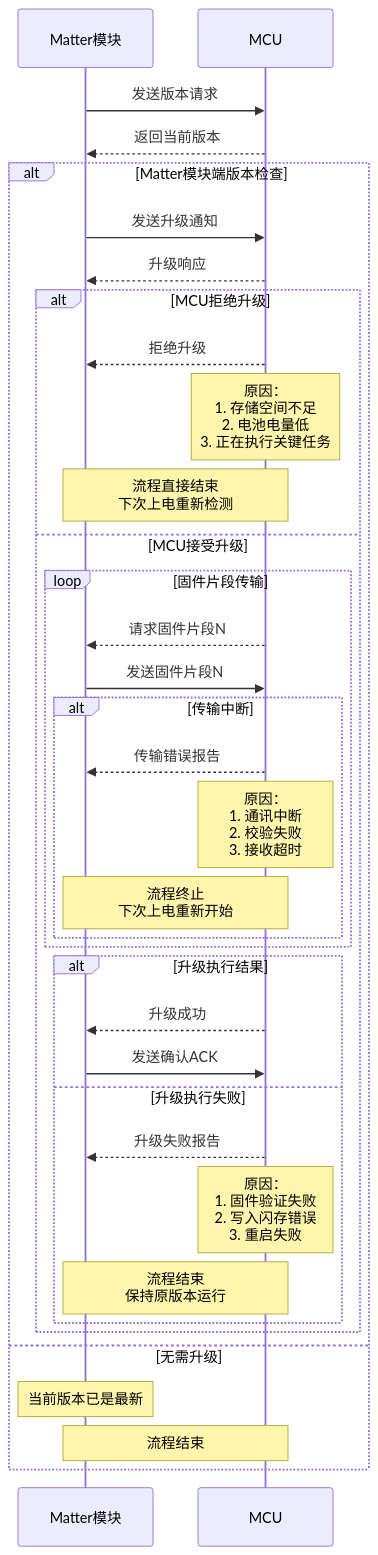
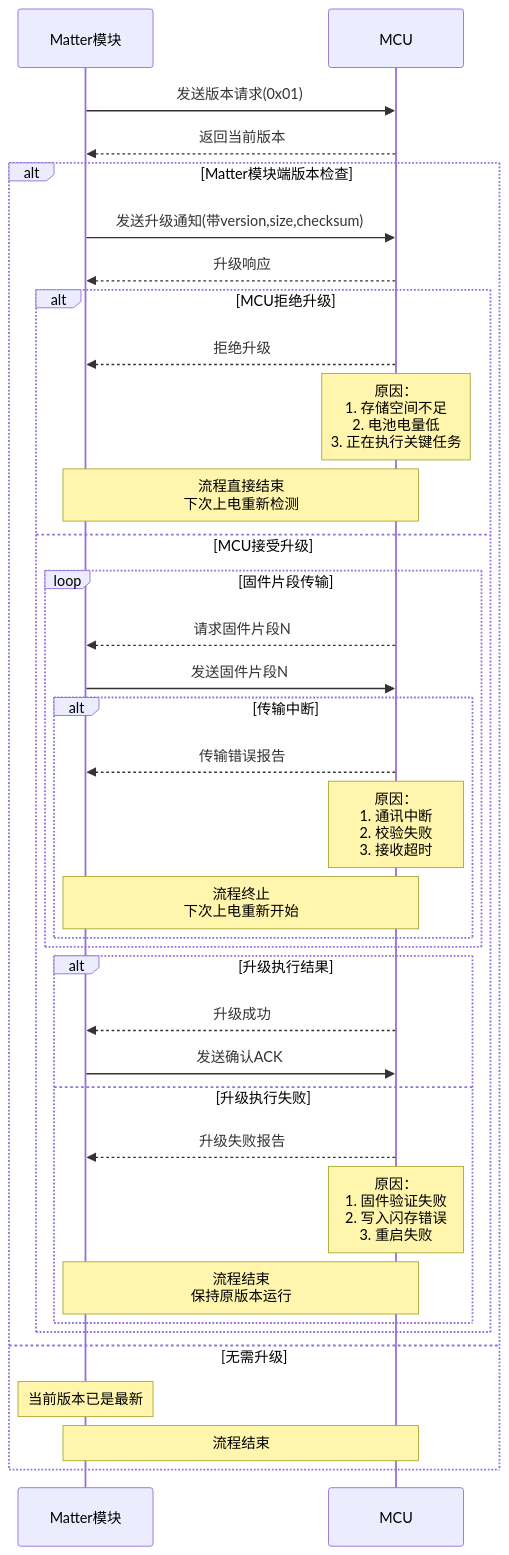
One commit to suhuide/h changed the first of 3 diagrams in bk.md. Above: the diagram before and after it, drawn with Mermaid. The commit also changed 8 other files, not shown here.

````diff
--- a/bk.md
+++ b/bk.md
@@ -37,42 +37,42 @@
 ```mermaid
 sequenceDiagram
     participant Matter模块
     participant MCU
     
-    Matter模块->>MCU: 发送版本请求
+    Matter模块->>MCU: 发送版本请求(0x01)
     MCU-->>Matter模块: 返回当前版本
     
     alt Matter模块端版本检查
-        Matter模块->>MCU: 发送升级通知
+        Matter模块->>MCU: 发送升级通知(带version,size,checksum)
         MCU-->>Matter模块: 升级响应
         
         alt MCU拒绝升级
             MCU-->>Matter模块: 拒绝升级
             Note over MCU: 原因：<br>1. 存储空间不足<br>2. 电池电量低<br>3. 正在执行关键任务
             Note over Matter模块, MCU: 流程直接结束<br>下次上电重新检测
         else MCU接受升级
             loop 固件片段传输
                 MCU-->>Matter模块: 请求固件片段N
                 Matter模块->>MCU: 发送固件片段N
                 
                 alt 传输中断
                     MCU-->>Matter模块: 传输错误报告
                     Note over MCU: 原因：<br>1. 通讯中断<br>2. 校验失败<br>3. 接收超时
                     Note over Matter模块, MCU: 流程终止<br>下次上电重新开始
                 end
             end
             
             alt 升级执行结果
                 MCU-->>Matter模块: 升级成功
                 Matter模块->>MCU: 发送确认ACK
             else 升级执行失败
                 MCU-->>Matter模块: 升级失败报告
                 Note over MCU: 原因：<br>1. 固件验证失败<br>2. 写入闪存错误<br>3. 重启失败
                 Note over Matter模块, MCU: 流程结束<br>保持原版本运行
             end
         end
     else 无需升级
         Note over Matter模块: 当前版本已是最新
         Note over Matter模块, MCU: 流程结束
     end
 ```    
````
